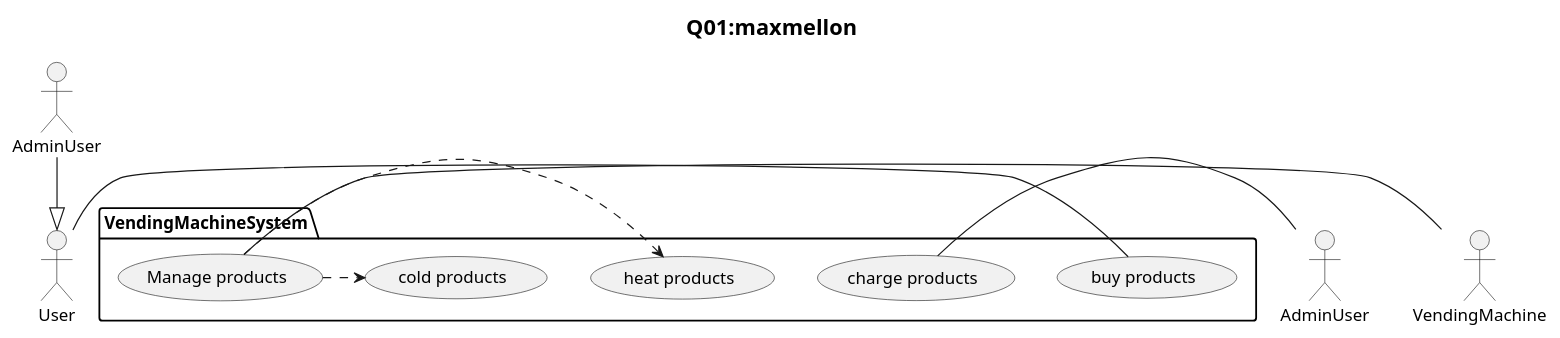
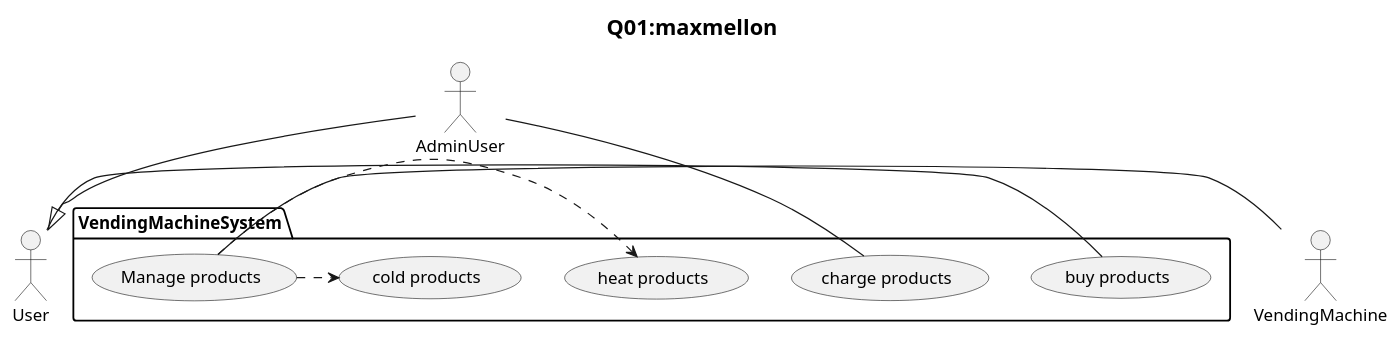
The diagram in maxmellon/Q01/Q01.pu (SLP-ETR-public/plantUML-recture), drawn with PlantUML before and after one commit. The commit also changed 1 other file, not shown here.

```diff
--- a/maxmellon/Q01/Q01.pu
+++ b/maxmellon/Q01/Q01.pu
@@ -1,24 +1,24 @@
 @startuml Q01.png
 title <size:18>Q01:maxmellon</size>
 actor User as user
 actor AdminUser as admin
 actor VendingMachine as vending
-user <|-up- AdminUser
+user <|-up- admin
 
+top to bottom direction
 
 package "VendingMachineSystem" {
-  top to bottom direction
 
   usecase (buy products)    as buyCase
   usecase (charge products) as chargeCase
   usecase (Manage products) as manageCase
   usecase (heat products)   as heat
   usecase (cold products)   as cold
 
   user -ri- buyCase
   admin -ri- chargeCase
   vending -le- manageCase
   manageCase .ri.> heat
   manageCase .ri.> cold
 }
 @enduml
```
